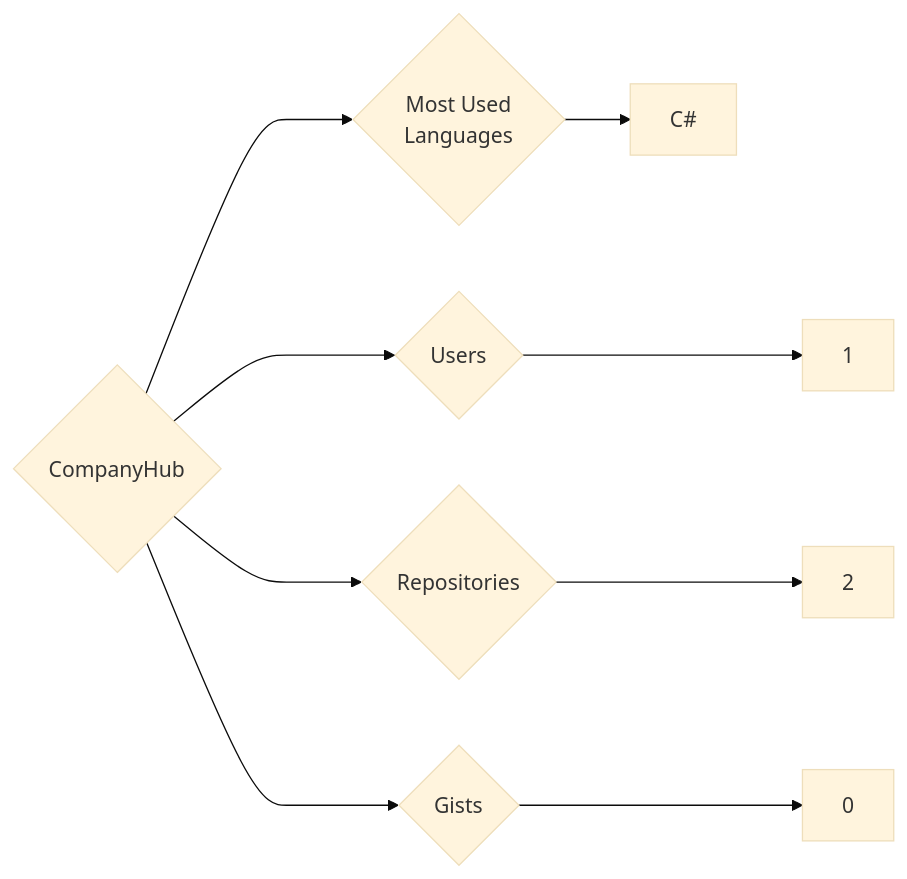
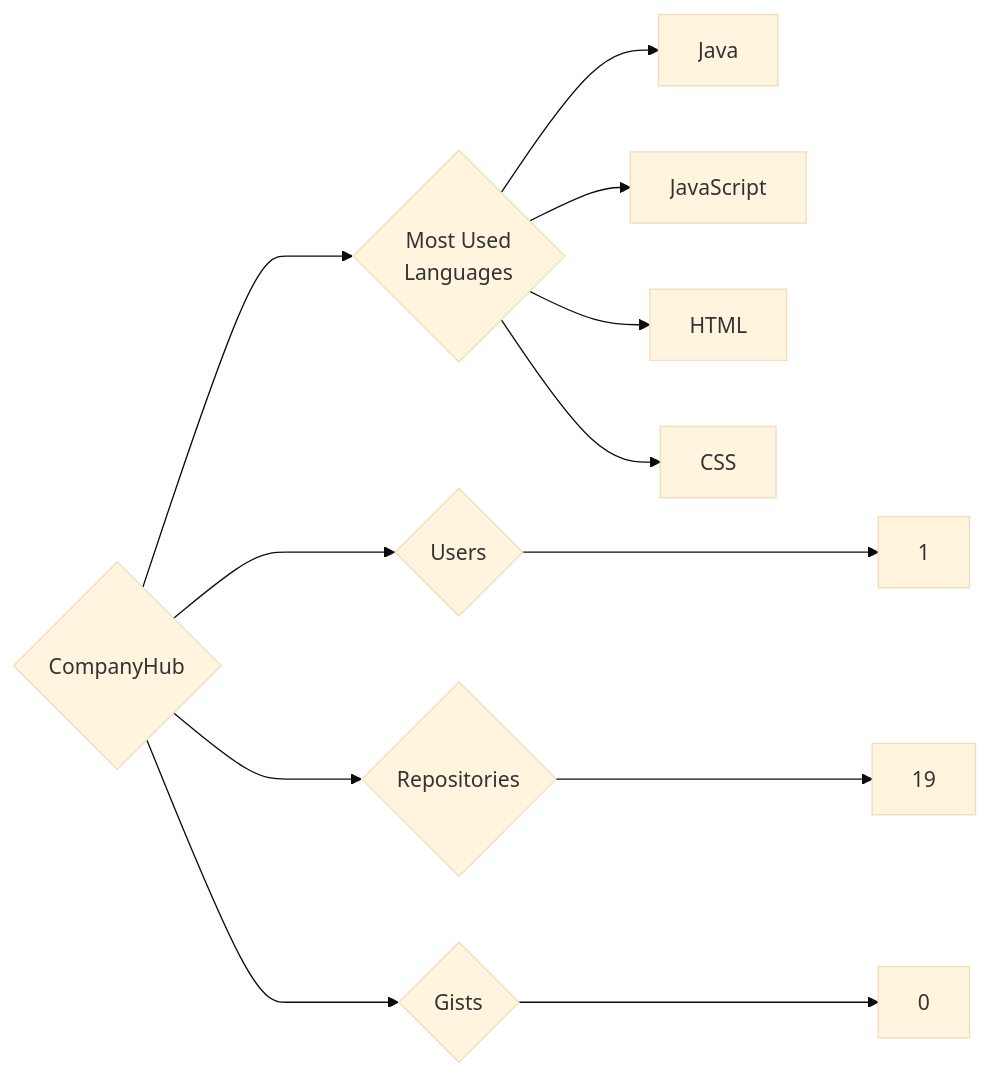
Before and after one commit to trickest/insiders: the diagram in targets/CompanyHub/README.md, drawn with Mermaid (base theme). The commit also changed 1314 other files, not shown here.

````diff
--- a/targets/CompanyHub/README.md
+++ b/targets/CompanyHub/README.md
@@ -3,9 +3,12 @@
 ```mermaid
 graph LR
 COMPANY_NAME{CompanyHub}
 COMPANY_NAME ---> U{Users} ---> UN[1]
-COMPANY_NAME ---> R{Repositories} ---> RN[2]
+COMPANY_NAME ---> R{Repositories} ---> RN[19]
 COMPANY_NAME ---> G{Gists} ---> GN[0]
 COMPANY_NAME ---> ML{Most Used<br>Languages}
-ML --> C#[C#]
+ML --> Java[Java]
+ML --> JavaScript[JavaScript]
+ML --> HTML[HTML]
+ML --> CSS[CSS]
 ```
````
